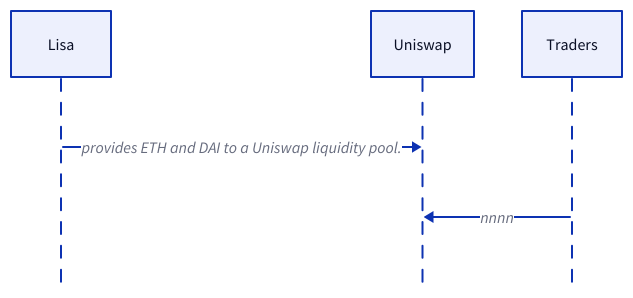
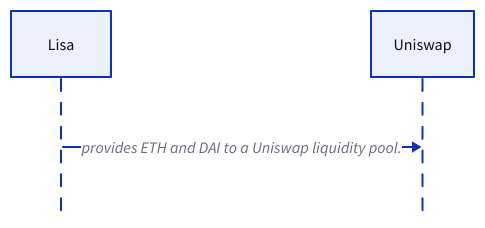
One commit to blockchain-audit/labs changed the diagram in task/defi.d2. Above: the diagram before and after it, drawn with D2.

```diff
--- a/task/defi.d2
+++ b/task/defi.d2
@@ -1,64 +1,63 @@
 shape: sequence_diagram
 #  # 1. Liquid Staking: Earn staking rewards without locking your tokens.
 #  Alice -> lido finance : sends ETH
 #  Lido Finance -> Lido: Receives ETH
 #  Lido -> Ethereum Network: Stakes Alice's ETH
 #  Ethereum Network -> Lido: Confirmation
 #  Lido -> Alice : sends stETH
 #  Alice -> Alice's wallet : Receives stETH
 #  Alice's Wallet -> Alice: Earns staking rewards passively
 #  Alice -> other :  transfer, trade, or lend stETH
 #  other -> Alice : not affecting Alice's staked ETH
 
 # # 2. Lending/Borrowing: Put your crypto to work or access additional funds.
 # Bob -> Aave : deposits DAI 
 # Charles -> Aave : borrows USDC offering DAI as collateral
 # Aave -> Charles : lends the USDC taking Charles's DAI as collateral 
 # Charles -> Aave : pays interest on his borrowed USDC
 # Aave -> Bob : interest on his deposited DAI 
 # Bob -> Bob's wallet : earns interest 
 
 # # 3. Decentralized Exchanges (DEXs): Swap tokens directly, peer-to-peer.
 #  Diana -> Diana's wallet  : wants to exchange ETH for LINK 
 #  Diana -> Uniswap : sends ETH 
 #  Uniswap -> Liquidity pool : prividing ETH 
 #  Liquidity pool -> Uniswap : automatically exchanges Diana's ETH for LINK based on the current pool ratio.
 #  Uniswap -> Diana : sends LINK
 #  Diana -> Diana's wallet : receives LINK
 #  Liquidity pool -> Liquidity pool : the pool's composition adjusts slightly.
 
 # # 4. Cross-Chain Bridges: Bridge your tokens across different blockchain networks.
 # Eric -> Eric's wallet : wants to move his BTC from Bitcoin to Ethereum.
 # Eric -> Ren Protocol : sends his BTC
 # Ren Protocol -> Bitcoin network : locking the BTC
 # Bitcoin network -> Ren Protocol : confirmation 
 # Ren Protocol -> Ethereum Network : mints an equivalent amount of wrapped BTC (renBTC) on Ethereum
 # Ren Protocol -> Eric : renBTC
 # Eric -> Ethereum platform : use renBTC like DeFi protocols.
 
 # # 5. Collateralized Debt Positions (CDPs): Mint stablecoins against your crypto holdings.
 # Sarah -> MakerDAO : deposits ETH
 # Sarah -> MakerDAO :mints DAI (stablecoin) based on the value of her locked ETH.
 # Sarah -> other : ?
 
 # # 6. Real-World Asset (RWA) Protocols: Integrate real-world assets into DeFi.
 # David -> Real World Finance : tokenizes his house.
 # Investors -> Real World Finance : purchase RWF tokens representing ownership fractions of the house.
 # Real World Finance -> David : receives funding based on the token sale.
 # Real World Finance -> Investors : earn rental income distributed proportionally to their token holdings.
 
 # 7. Services: Provide various DeFi-related services beyond core financial functions.
 
 
 # # 8. Yield Aggregators: Optimize your token deposits across different protocols for maximized yield.
 # Emily -> Yearn Finance : deposits her tokens
 # Yearn Finance -> lending protocols : automatically distributes Emily's tokens seeking the highest potential returns
 # lending protocols -> Emily : receives a single yield stream representing the combined earnings
 # Emily -> Yearn Finance : pays a small fee for its management services.
 
 # 9. Derivatives: Trade on the future price of crypto assets with leverage.
 
 
 # 10. Yield Farming: Lock your tokens in liquidity pools to earn rewards in protocol tokens.
 Lisa -> Uniswap :  provides ETH and DAI to a Uniswap liquidity pool.
-Traders -> Uniswap : nnnn
```
